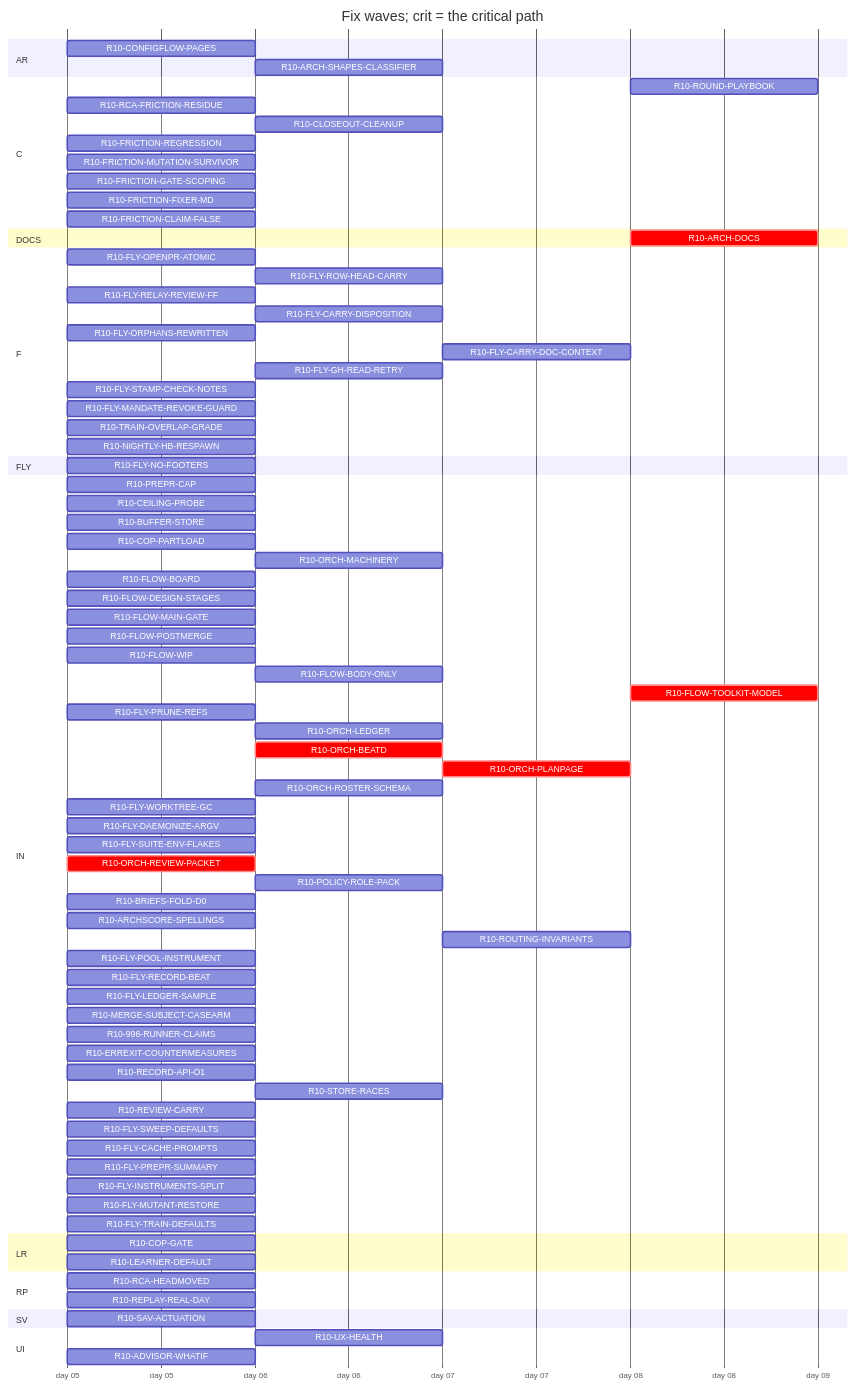
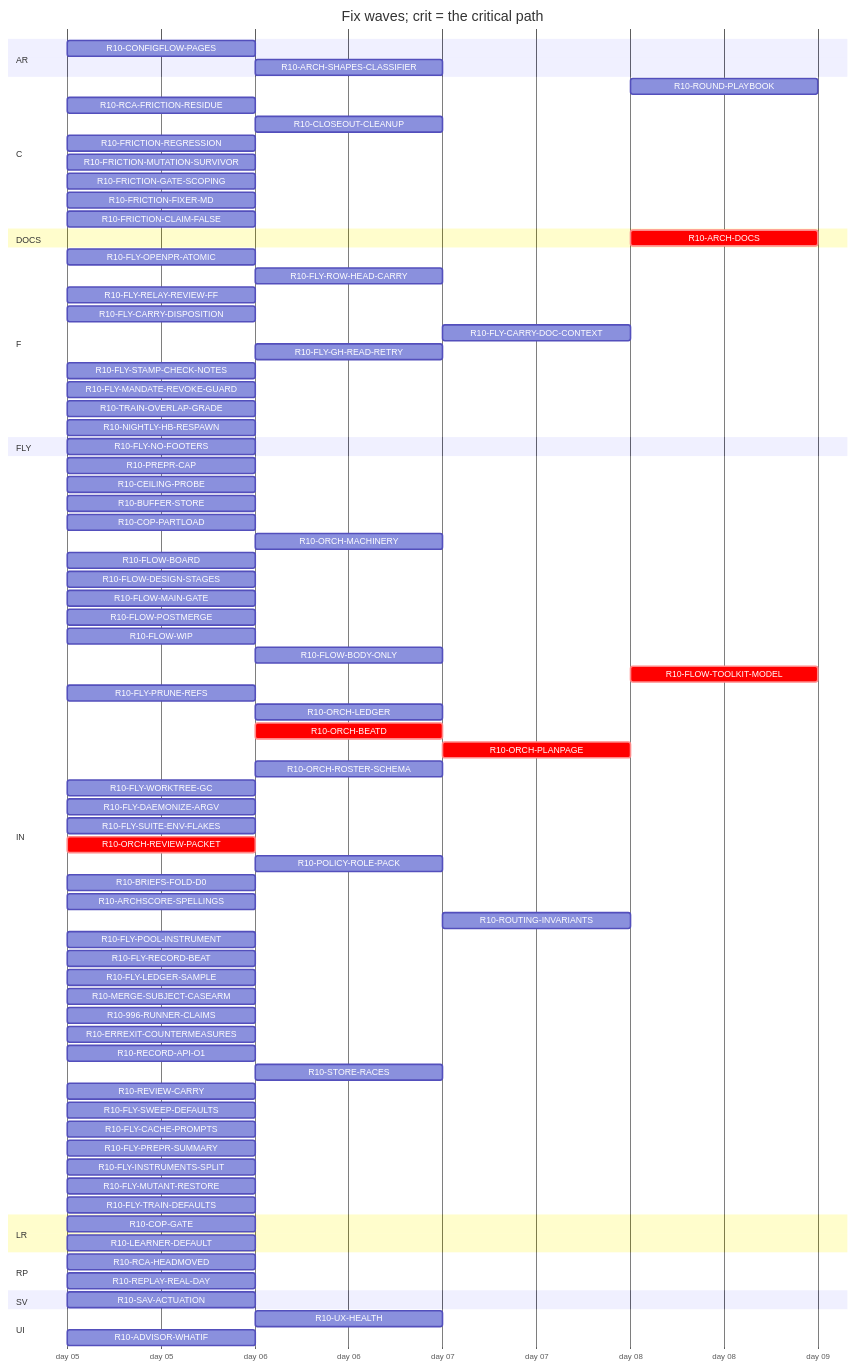
One commit to tvofi/heatpump_optimizer changed the diagram in handoff/round10/state/PLAN-TABLE.md. Above: the diagram before and after it, drawn with Mermaid. The commit also changed other lines of this file and 3 other files, not shown here.

Commit message:
state: FLOW-BOARD.md, NEXT-SESSION-PROMPT.md, PLAN-TABLE.md, RESUME-CURRENT.md regenerated (state_docs.py)

```diff
--- a/handoff/round10/state/PLAN-TABLE.md
+++ b/handoff/round10/state/PLAN-TABLE.md
@@ -38,13 +38,12 @@
     R10-FRICTION-FIXER-MD :r10FRICTIONFIXERMD, 2026-01-05, 1d
     R10-FRICTION-CLAIM-FALSE :r10FRICTIONCLAIMFALSE, 2026-01-05, 1d
   section DOCS
-    R10-ARCH-DOCS :crit, r10ARCHDOCS, after r10COPGATE r10UXHEALTH r10CONFIGFLOWPAGES r10RCAHEADMOVED r10CEILINGPROBE r10BUFFERSTORE r10COPPARTLOAD r10LEARNERDEFAULT r10FLOWBOARD r10FLOWDESIGNSTAGES r10FLOWPOSTMERGE r10FLOWWIP r10FLOWBODYONLY r10FLYOPENPRATOMIC r10FLYROWHEADCARRY r10FLYRELAYREVIEWFF r10FLYCARRYDISPOSITION r10FLYORPHANSREWRITTEN r10FLYCARRYDOCCONTEXT r10FLOWTOOLKITMODEL r10FLYSTAMPCHECKNOTES r10FLYMANDATEREVOKEGUARD r10RCAFRICTIONRESIDUE r10TRAINOVERLAPGRADE r10NIGHTLYHBRESPAWN r10FLYPRUNEREFS r10ORCHLEDGER r10ORCHBEATD r10ORCHPLANPAGE r10ORCHROSTERSCHEMA r10FLYWORKTREEGC r10FLYDAEMONIZEARGV r10ORCHREVIEWPACKET r10POLICYROLEPACK r10BRIEFSFOLDD0 r10REPLAYREALDAY r10ARCHSCORESPELLINGS r10SAVACTUATION r10FLYLEDGERSAMPLE, 1d
+    R10-ARCH-DOCS :crit, r10ARCHDOCS, after r10COPGATE r10UXHEALTH r10CONFIGFLOWPAGES r10RCAHEADMOVED r10CEILINGPROBE r10BUFFERSTORE r10COPPARTLOAD r10LEARNERDEFAULT r10FLOWBOARD r10FLOWDESIGNSTAGES r10FLOWPOSTMERGE r10FLOWWIP r10FLOWBODYONLY r10FLYOPENPRATOMIC r10FLYROWHEADCARRY r10FLYRELAYREVIEWFF r10FLYCARRYDISPOSITION r10FLYCARRYDOCCONTEXT r10FLOWTOOLKITMODEL r10FLYSTAMPCHECKNOTES r10FLYMANDATEREVOKEGUARD r10RCAFRICTIONRESIDUE r10TRAINOVERLAPGRADE r10NIGHTLYHBRESPAWN r10FLYPRUNEREFS r10ORCHLEDGER r10ORCHBEATD r10ORCHPLANPAGE r10ORCHROSTERSCHEMA r10FLYWORKTREEGC r10FLYDAEMONIZEARGV r10ORCHREVIEWPACKET r10POLICYROLEPACK r10BRIEFSFOLDD0 r10REPLAYREALDAY r10ARCHSCORESPELLINGS r10SAVACTUATION r10FLYLEDGERSAMPLE, 1d
   section F
     R10-FLY-OPENPR-ATOMIC :r10FLYOPENPRATOMIC, 2026-01-05, 1d
     R10-FLY-ROW-HEAD-CARRY :r10FLYROWHEADCARRY, after r10FLYOPENPRATOMIC, 1d
     R10-FLY-RELAY-REVIEW-FF :r10FLYRELAYREVIEWFF, 2026-01-05, 1d
-    R10-FLY-CARRY-DISPOSITION :r10FLYCARRYDISPOSITION, after r10FLYORPHANSREWRITTEN, 1d
-    R10-FLY-ORPHANS-REWRITTEN :r10FLYORPHANSREWRITTEN, 2026-01-05, 1d
+    R10-FLY-CARRY-DISPOSITION :r10FLYCARRYDISPOSITION, 2026-01-05, 1d
     R10-FLY-CARRY-DOC-CONTEXT :r10FLYCARRYDOCCONTEXT, after r10FLYGHREADRETRY, 1d
     R10-FLY-GH-READ-RETRY :r10FLYGHREADRETRY, after r10FLOWMAINGATE, 1d
     R10-FLY-STAMP-CHECK-NOTES :r10FLYSTAMPCHECKNOTES, 2026-01-05, 1d
```
